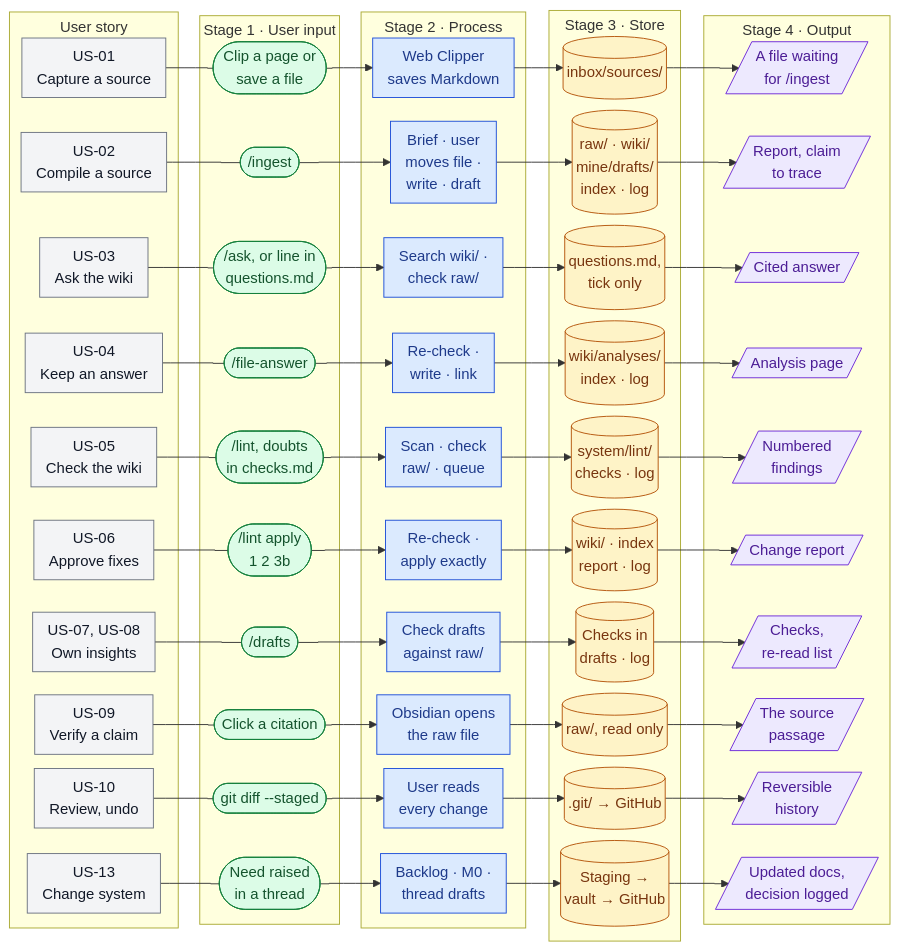
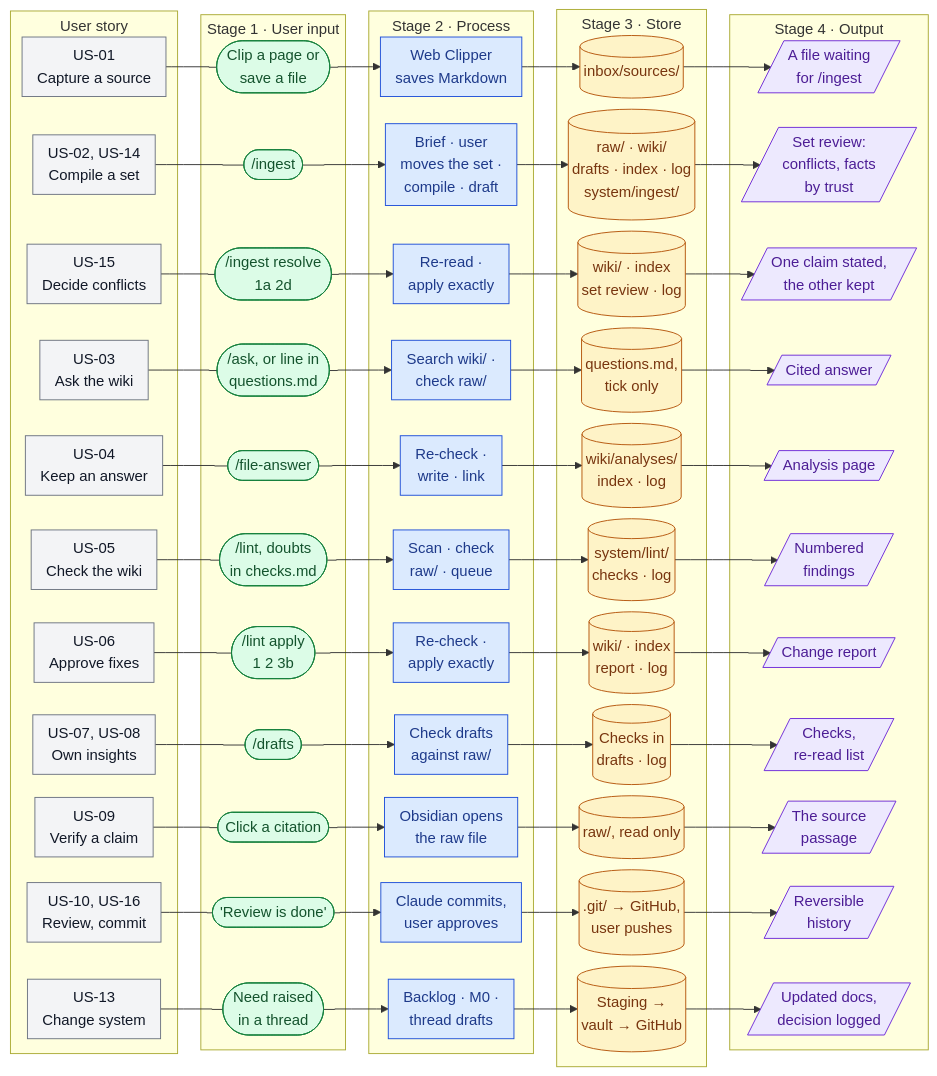
One commit to quocnguyen13/second-brain changed the second of 18 diagrams in mine/projects/thinking-system/20 Product Requirements.md. Above: the diagram before and after it, drawn with Mermaid. The commit also changed other lines of this file and 5 other files, not shown here.

````diff
--- a/mine/projects/thinking-system/20 Product Requirements.md
+++ b/mine/projects/thinking-system/20 Product Requirements.md
@@ -160,55 +167,60 @@
 flowchart LR
     subgraph C0["User story"]
         S1["US-01<br/>Capture a source"]
-        S2["US-02<br/>Compile a source"]
+        S2["US-02, US-14<br/>Compile a set"]
+        S11["US-15<br/>Decide conflicts"]
         S3["US-03<br/>Ask the wiki"]
         S4["US-04<br/>Keep an answer"]
         S5["US-05<br/>Check the wiki"]
         S6["US-06<br/>Approve fixes"]
         S7["US-07, US-08<br/>Own insights"]
         S8["US-09<br/>Verify a claim"]
-        S9["US-10<br/>Review, undo"]
+        S9["US-10, US-16<br/>Review, commit"]
         S10["US-13<br/>Change system"]
     end
     subgraph C1["Stage 1 · User input"]
         I1(["Clip a page or<br/>save a file"])
         I2(["/ingest"])
+        I11(["/ingest resolve<br/>1a 2d"])
         I3(["/ask, or line in<br/>questions.md"])
         I4(["/file-answer"])
         I5(["/lint, doubts<br/>in checks.md"])
         I6(["/lint apply<br/>1 2 3b"])
         I7(["/drafts"])
         I8(["Click a citation"])
-        I9(["git diff --staged"])
+        I9(["'Review is done'"])
         I10(["Need raised<br/>in a thread"])
     end
     subgraph C2["Stage 2 · Process"]
         P1["Web Clipper<br/>saves Markdown"]
-        P2["Brief · user<br/>moves file ·<br/>write · draft"]
+        P2["Brief · user<br/>moves the set ·<br/>compile · draft"]
+        P11["Re-read ·<br/>apply exactly"]
         P3["Search wiki/ ·<br/>check raw/"]
         P4["Re-check ·<br/>write · link"]
         P5["Scan · check<br/>raw/ · queue"]
         P6["Re-check ·<br/>apply exactly"]
         P7["Check drafts<br/>against raw/"]
         P8["Obsidian opens<br/>the raw file"]
-        P9["User reads<br/>every change"]
+        P9["Claude commits,<br/>user approves"]
         P10["Backlog · M0 ·<br/>thread drafts"]
     end
     subgraph C3["Stage 3 · Store"]
         D1[("inbox/sources/")]
-        D2[("raw/ · wiki/<br/>mine/drafts/<br/>index · log")]
+        D2[("raw/ · wiki/<br/>drafts · index · log<br/>system/ingest/")]
+        D11[("wiki/ · index<br/>set review · log")]
         D3[("questions.md,<br/>tick only")]
         D4[("wiki/analyses/<br/>index · log")]
         D5[("system/lint/<br/>checks · log")]
         D6[("wiki/ · index<br/>report · log")]
         D7[("Checks in<br/>drafts · log")]
         D8[("raw/, read only")]
-        D9[(".git/ → GitHub")]
+        D9[(".git/ → GitHub,<br/>user pushes")]
         D10[("Staging →<br/>vault → GitHub")]
     end
     subgraph C4["Stage 4 · Output"]
         O1[/"A file waiting<br/>for /ingest"/]
-        O2[/"Report, claim<br/>to trace"/]
+        O2[/"Set review:<br/>conflicts, facts<br/>by trust"/]
+        O11[/"One claim stated,<br/>the other kept"/]
         O3[/"Cited answer"/]
         O4[/"Analysis page"/]
         O5[/"Numbered<br/>findings"/]
@@ -220,6 +232,7 @@
     end
     S1 --- I1 --> P1 --> D1 --> O1
     S2 --- I2 --> P2 --> D2 --> O2
+    S11 --- I11 --> P11 --> D11 --> O11
     S3 --- I3 --> P3 --> D3 --> O3
     S4 --- I4 --> P4 --> D4 --> O4
     S5 --- I5 --> P5 --> D5 --> O5
@@ -233,9 +246,9 @@
     classDef proc fill:#dbeafe,stroke:#1d4ed8,color:#1e3a8a
     classDef sto fill:#fef3c7,stroke:#b45309,color:#78350f
     classDef out fill:#ede9fe,stroke:#6d28d9,color:#4c1d95
-    class S1,S2,S3,S4,S5,S6,S7,S8,S9,S10 story
-    class I1,I2,I3,I4,I5,I6,I7,I8,I9,I10 inp
-    class P1,P2,P3,P4,P5,P6,P7,P8,P9,P10 proc
-    class D1,D2,D3,D4,D5,D6,D7,D8,D9,D10 sto
-    class O1,O2,O3,O4,O5,O6,O7,O8,O9,O10 out
+    class S1,S2,S3,S4,S5,S6,S7,S8,S9,S10,S11 story
+    class I1,I2,I3,I4,I5,I6,I7,I8,I9,I10,I11 inp
+    class P1,P2,P3,P4,P5,P6,P7,P8,P9,P10,P11 proc
+    class D1,D2,D3,D4,D5,D6,D7,D8,D9,D10,D11 sto
+    class O1,O2,O3,O4,O5,O6,O7,O8,O9,O10,O11 out
 ```
````
